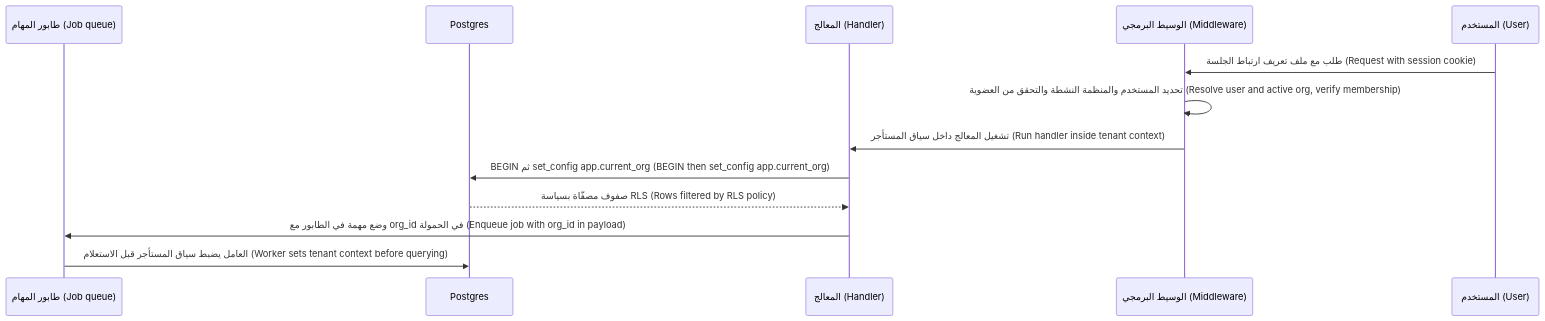
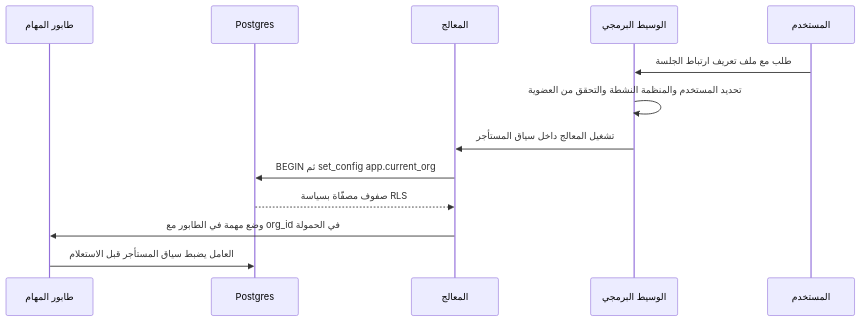
One commit to Tamoura/system-design-for-vibe-coders changed the eighth of 9 diagrams in saas/modules/02-data.ar.md. Above: the diagram before and after it, drawn with Mermaid. The commit also changed other lines of this file and 551 other files, not shown here.

````diff
--- a/saas/modules/02-data.ar.md
+++ b/saas/modules/02-data.ar.md
@@ -911,15 +938,15 @@
 ```mermaid
 sequenceDiagram
-    participant Q as طابور المهام (Job queue)
+    participant Q as طابور المهام
     participant D as Postgres
-    participant H as المعالج (Handler)
-    participant M as الوسيط البرمجي (Middleware)
-    participant U as المستخدم (User)
-    U->>M: طلب مع ملف تعريف ارتباط الجلسة (Request with session cookie)
-    M->>M: تحديد المستخدم والمنظمة النشطة والتحقق من العضوية (Resolve user and active org, verify membership)
-    M->>H: تشغيل المعالج داخل سياق المستأجر (Run handler inside tenant context)
-    H->>D: BEGIN ثم set_config app.current_org (BEGIN then set_config app.current_org)
-    D-->>H: صفوف مصفّاة بسياسة RLS (Rows filtered by RLS policy)
-    H->>Q: وضع مهمة في الطابور مع org_id في الحمولة (Enqueue job with org_id in payload)
-    Q->>D: العامل يضبط سياق المستأجر قبل الاستعلام (Worker sets tenant context before querying)
+    participant H as المعالج
+    participant M as الوسيط البرمجي
+    participant U as المستخدم
+    U->>M: طلب مع ملف تعريف ارتباط الجلسة
+    M->>M: تحديد المستخدم والمنظمة النشطة والتحقق من العضوية
+    M->>H: تشغيل المعالج داخل سياق المستأجر
+    H->>D: BEGIN ثم set_config app.current_org
+    D-->>H: صفوف مصفّاة بسياسة RLS
+    H->>Q: وضع مهمة في الطابور مع org_id في الحمولة
+    Q->>D: العامل يضبط سياق المستأجر قبل الاستعلام
 ```
````
